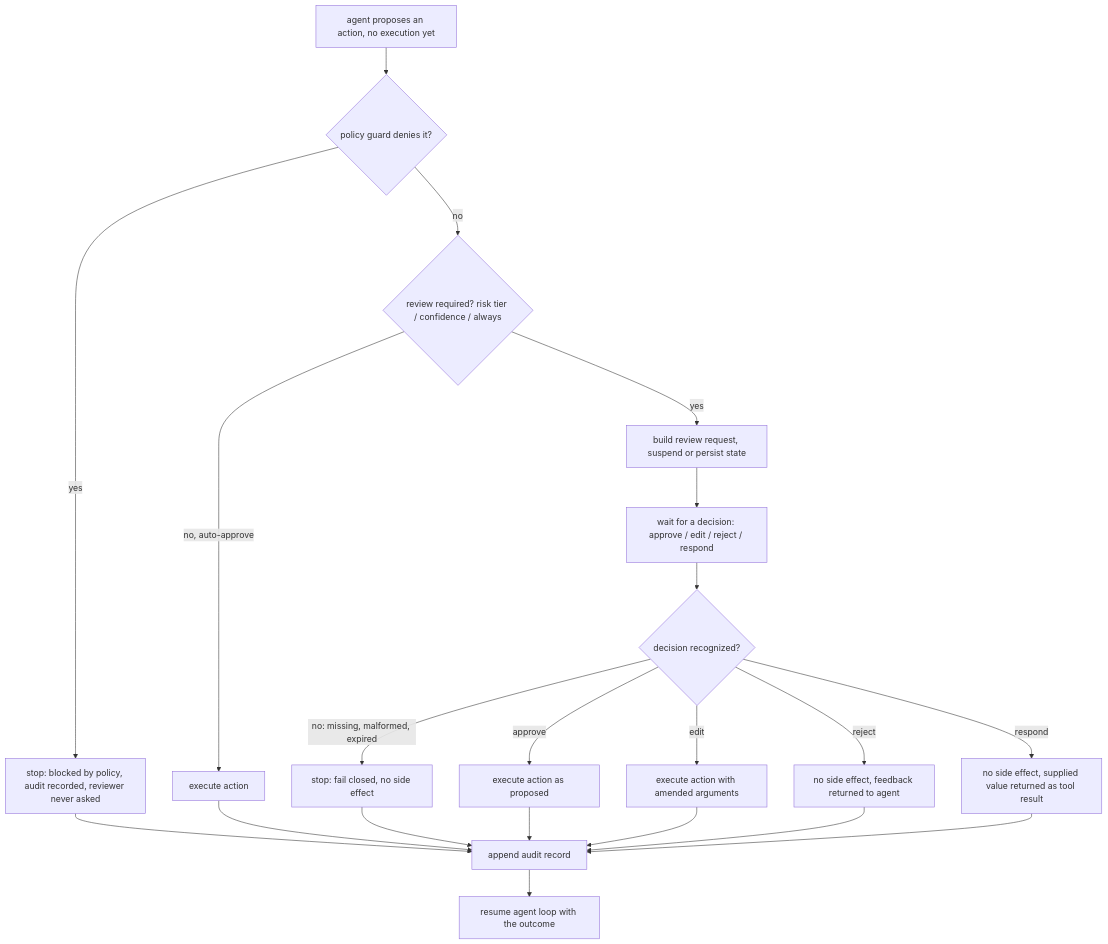
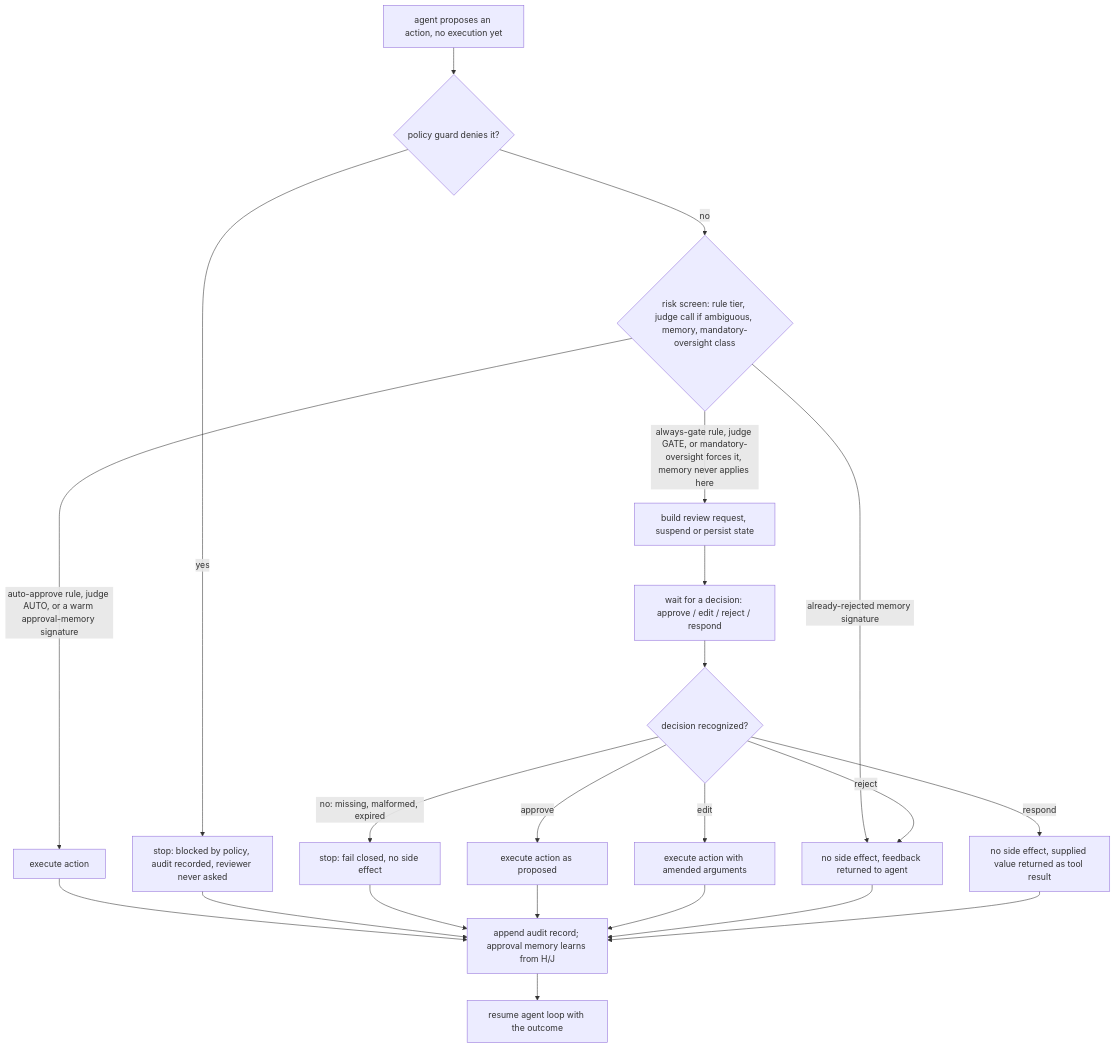
One commit to SarthakB11/agentic-patterns changed the diagram in patterns/human_in_the_loop/README.md. Above: the diagram before and after it, drawn with Mermaid. The commit also changed other lines of this file and 11 other files, not shown here.

````diff
--- a/patterns/human_in_the_loop/README.md
+++ b/patterns/human_in_the_loop/README.md
@@ -15,23 +15,24 @@
 ```mermaid
 flowchart TD
     A[agent proposes an action, no execution yet] --> B{policy guard denies it?}
     B -->|yes| Z1[stop: blocked by policy, audit recorded, reviewer never asked]
-    B -->|no| C{review required? risk tier / confidence / always}
-    C -->|no, auto-approve| D[execute action]
-    C -->|yes| E[build review request, suspend or persist state]
+    B -->|no| R{risk screen: rule tier, judge call if ambiguous, memory, mandatory-oversight class}
+    R -->|auto-approve rule, judge AUTO, or a warm approval-memory signature| D[execute action]
+    R -->|already-rejected memory signature| J
+    R -->|always-gate rule, judge GATE, or mandatory-oversight forces it, memory never applies here| E[build review request, suspend or persist state]
     E --> F[wait for a decision: approve / edit / reject / respond]
     F --> G{decision recognized?}
     G -->|no: missing, malformed, expired| Z2[stop: fail closed, no side effect]
     G -->|approve| H[execute action as proposed]
     G -->|edit| I[execute action with amended arguments]
     G -->|reject| J[no side effect, feedback returned to agent]
     G -->|respond| K[no side effect, supplied value returned as tool result]
-    D --> L[append audit record]
+    D --> L[append audit record; approval memory learns from H/J]
     Z1 --> L
     Z2 --> L
     H --> L
     I --> L
     J --> L
     K --> L
-    L --> M[resume agent loop with the outcome]
+    L --> N[resume agent loop with the outcome]
 ```
````
